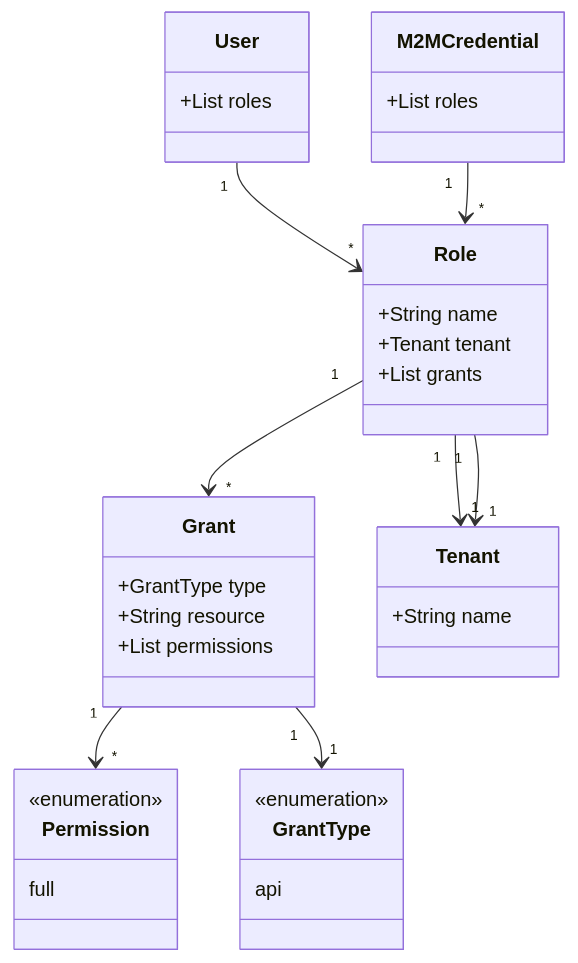
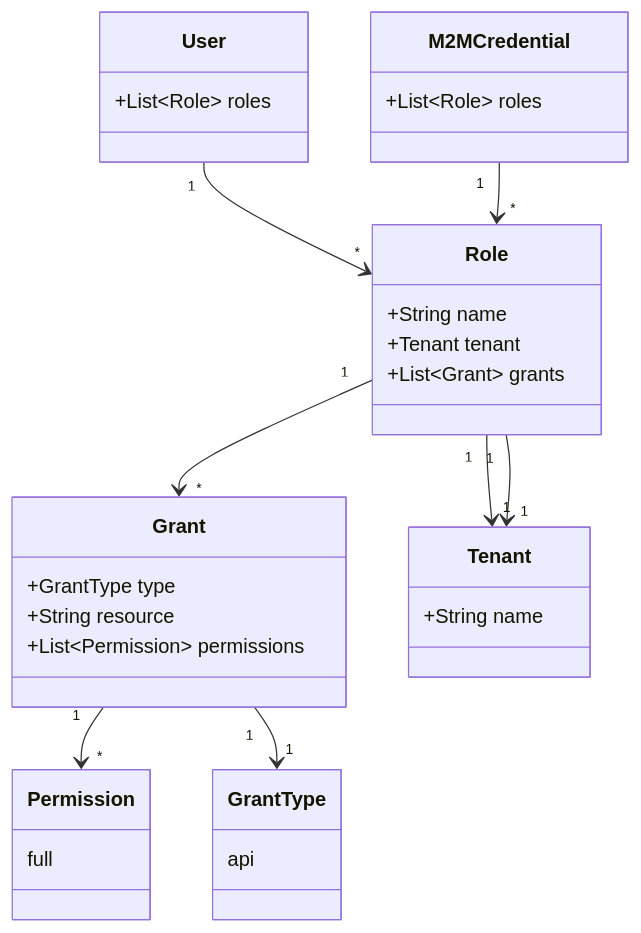
One commit to armory/docs changed the diagram in content/en/cd-as-a-service/concepts/iam/rbac.md. Above: the diagram before and after it, drawn with Mermaid. The commit also changed 3 other files, not shown here.

First line of the commit message:
docs(bug): fix rbac class diagram not rendering in docsy v0.6.0

````diff
--- a/content/en/cd-as-a-service/concepts/iam/rbac.md
+++ b/content/en/cd-as-a-service/concepts/iam/rbac.md
@@ -24,38 +24,36 @@
 ```mermaid
 classDiagram
     class Role {
       +String name
       +Tenant tenant
-      +List<Grant> grants
+      +List~Grant~ grants
     }
     class Grant {
       +GrantType type
       +String resource
-      +List<Permission> permissions
+      +List~Permission~ permissions
     }
-    class GrantType {
-      <<enumeration>>
+    class GrantType {      
       api
     }
-    class Permission {
-      <<enumeration>>
+    class Permission {      
       full
     }
     class User {
-      +List<Role> roles
+      +List~Role~ roles
     }
     class M2MCredential {
-      +List<Role> roles
+      +List~Role~ roles
     }
     class Tenant {
       +String name
     }
 
     Role "1" --> "*" Grant
     Grant "1" --> "*" Permission
     Grant "1" --> "1" GrantType
     Role "1" --> "1" Tenant
     Role "1" --> "1" Tenant
     User "1" --> "*" Role
     M2MCredential "1" --> "*" Role
 ```
````
